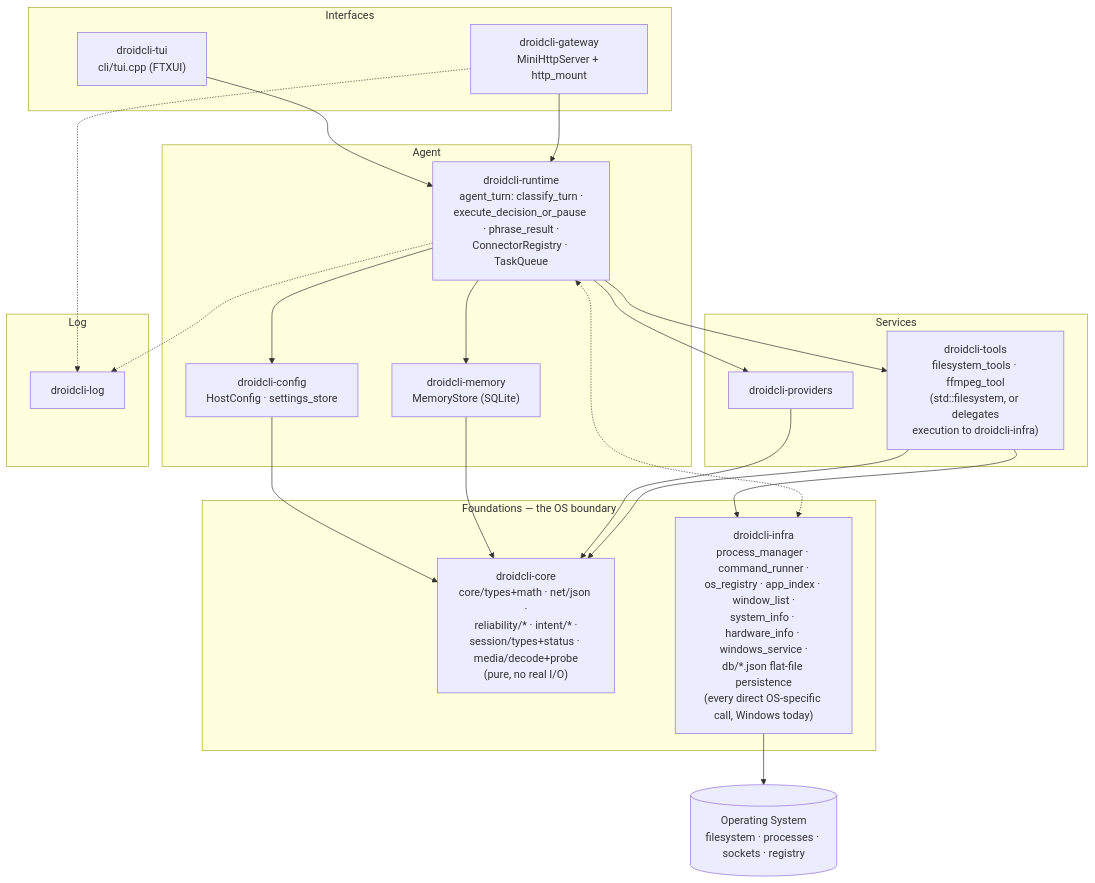
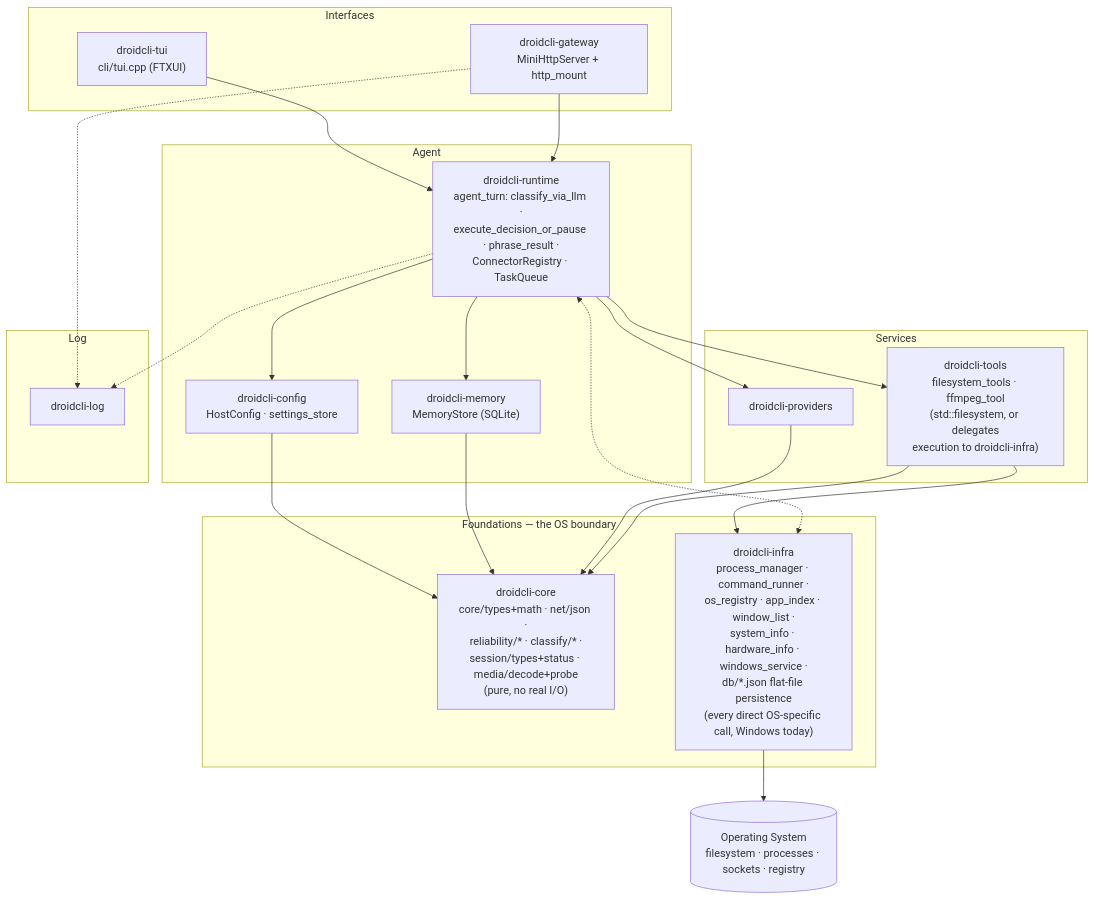
Before and after one commit to vecnode/droidcli: the second of 6 diagrams in ARCHITECTURE.md, drawn with Mermaid. The commit also changed other lines of this file and 24 other files, not shown here.

First line of the commit message:
Remove deterministic intent-recognition layer, route every request through the LLM classifier (#73)

````diff
--- a/ARCHITECTURE.md
+++ b/ARCHITECTURE.md
@@ -169,45 +168,45 @@
 ```mermaid
 flowchart TB
     subgraph L5["Interfaces"]
         GATEWAY["droidcli-gateway\nMiniHttpServer + http_mount"]
         TUI["droidcli-tui\ncli/tui.cpp (FTXUI)"]
     end
 
     subgraph L4["Agent"]
-        RUNTIME["droidcli-runtime\nagent_turn: classify_turn ·\nexecute_decision_or_pause · phrase_result ·\nConnectorRegistry · TaskQueue"]
+        RUNTIME["droidcli-runtime\nagent_turn: classify_via_llm ·\nexecute_decision_or_pause · phrase_result ·\nConnectorRegistry · TaskQueue"]
         MEMORY["droidcli-memory\nMemoryStore (SQLite)"]
         CONFIG["droidcli-config\nHostConfig · settings_store"]
         RUNTIME --> MEMORY
         RUNTIME --> CONFIG
     end
 
     subgraph L3["Services"]
         TOOLS["droidcli-tools\nfilesystem_tools · ffmpeg_tool\n(std::filesystem, or delegates\nexecution to droidcli-infra)"]
         PROVIDERS["droidcli-providers"]
     end
 
     subgraph LOGL["Log"]
         LOGM["droidcli-log"]
     end
 
     subgraph L1["Foundations — the OS boundary"]
-        DCORE["droidcli-core\ncore/types+math · net/json ·\nreliability/* · intent/* ·\nsession/types+status · media/decode+probe\n(pure, no real I/O)"]
+        DCORE["droidcli-core\ncore/types+math · net/json ·\nreliability/* · classify/* ·\nsession/types+status · media/decode+probe\n(pure, no real I/O)"]
         INFRA["droidcli-infra\nprocess_manager · command_runner ·\nos_registry · app_index · window_list ·\nsystem_info · hardware_info · windows_service ·\ndb/*.json flat-file persistence\n(every direct OS-specific call, Windows today)"]
     end
 
     OS[("Operating System\nfilesystem · processes · sockets · registry")]
 
     GATEWAY --> RUNTIME
     TUI --> RUNTIME
     RUNTIME --> TOOLS
     RUNTIME --> PROVIDERS
     RUNTIME <-.-> INFRA
     TOOLS --> INFRA
     TOOLS --> DCORE
     PROVIDERS --> DCORE
     MEMORY --> DCORE
     CONFIG --> DCORE
     RUNTIME -.-> LOGM
     GATEWAY -.-> LOGM
     INFRA --> OS
 ```
````
